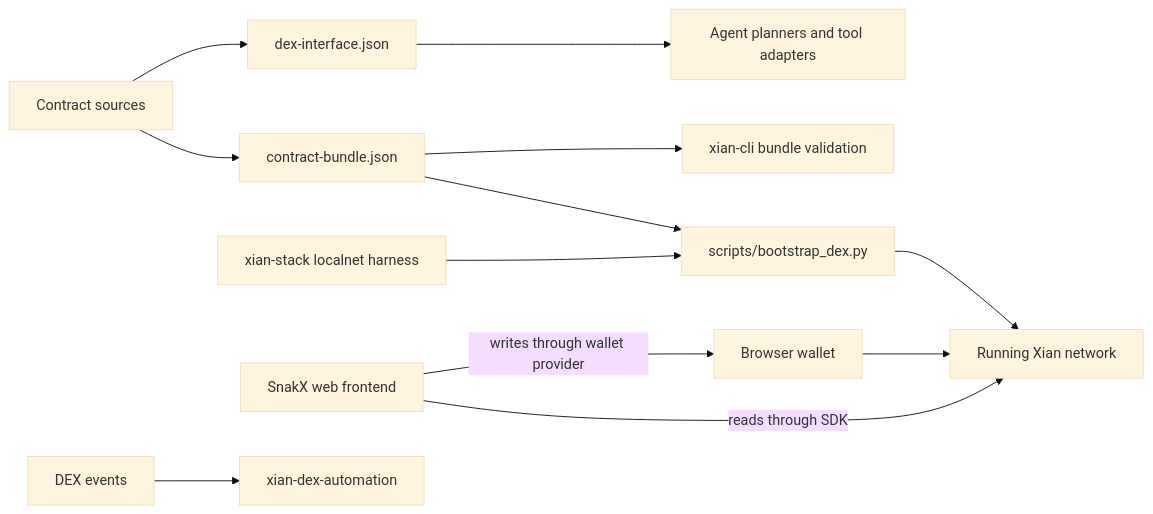
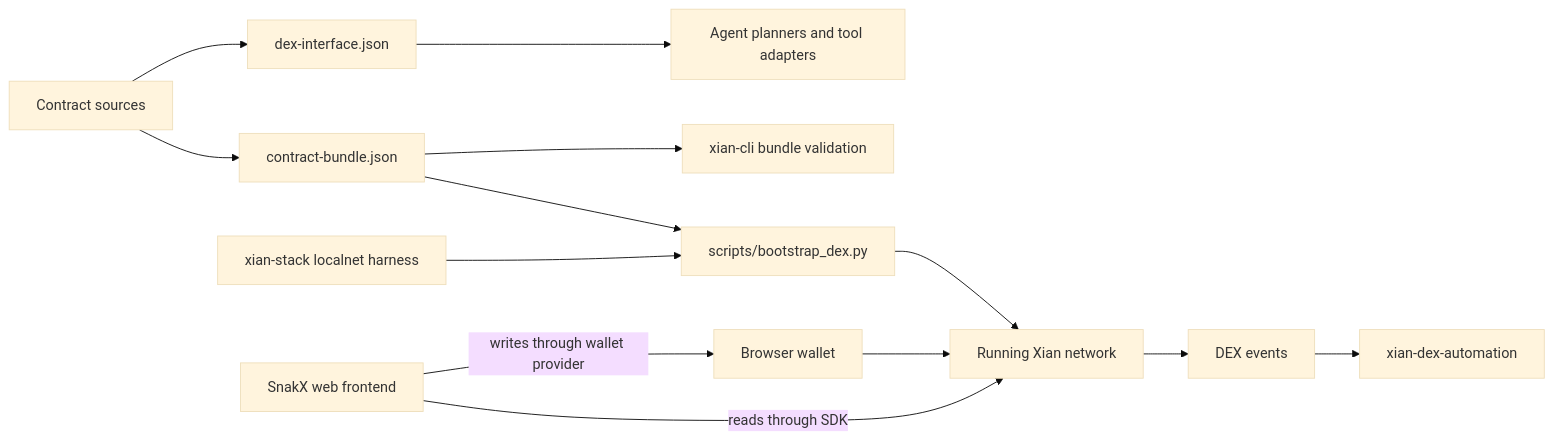
The diagram in README.md (xian-technology/xian-dex), drawn with Mermaid (base theme) before and after one commit. The commit also changed other lines of this file and 1 other file, not shown here.

````diff
--- a/README.md
+++ b/README.md
@@ -15,14 +15,15 @@
 ```mermaid
 flowchart LR
   Source["Contract sources"] --> Bundle["contract-bundle.json"]
   Source --> Interface["dex-interface.json"]
   Bundle --> Bootstrap["scripts/bootstrap_dex.py"]
   Bundle --> CLI["xian-cli bundle validation"]
   Interface --> Agents["Agent planners and tool adapters"]
   Bootstrap --> Chain["Running Xian network"]
   Stack["xian-stack localnet harness"] --> Bootstrap
   Web["SnakX web frontend"] -->|reads through SDK| Chain
   Web -->|writes through wallet provider| Wallet["Browser wallet"]
   Wallet --> Chain
-  Events["DEX events"] --> Automation["xian-dex-automation"]
+  Chain --> Events["DEX events"]
+  Events --> Automation["xian-dex-automation"]
 ```
````
